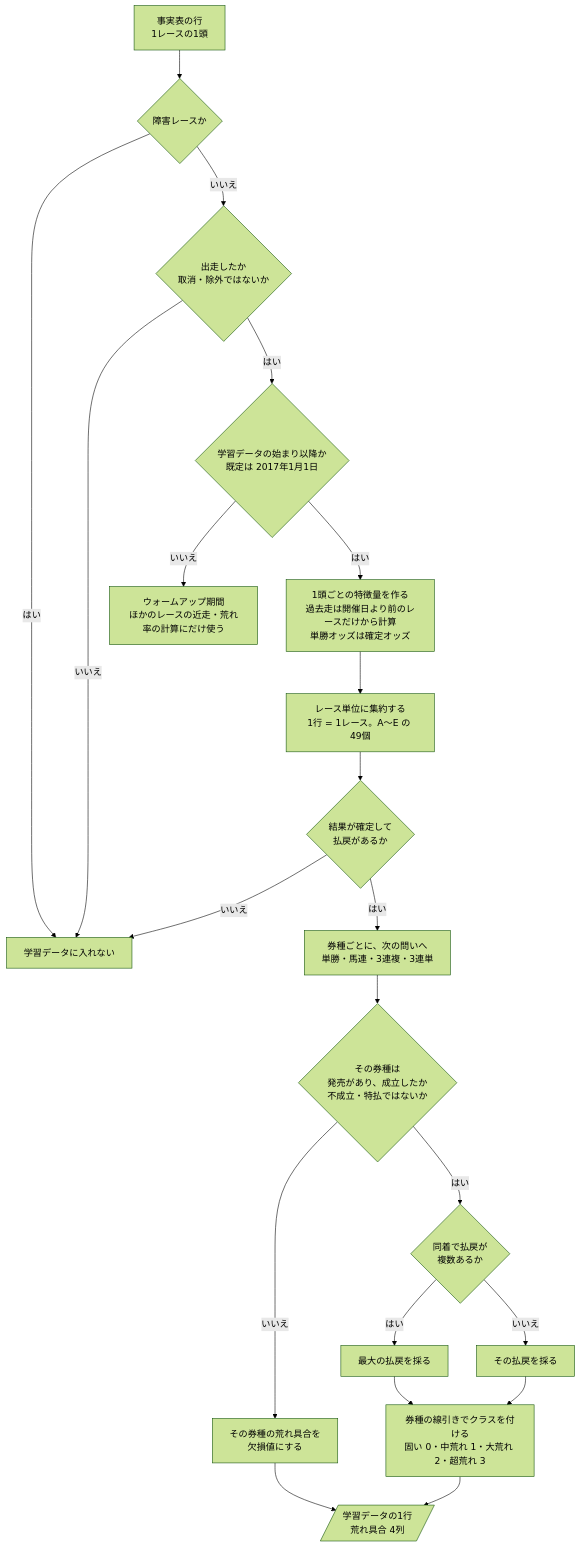
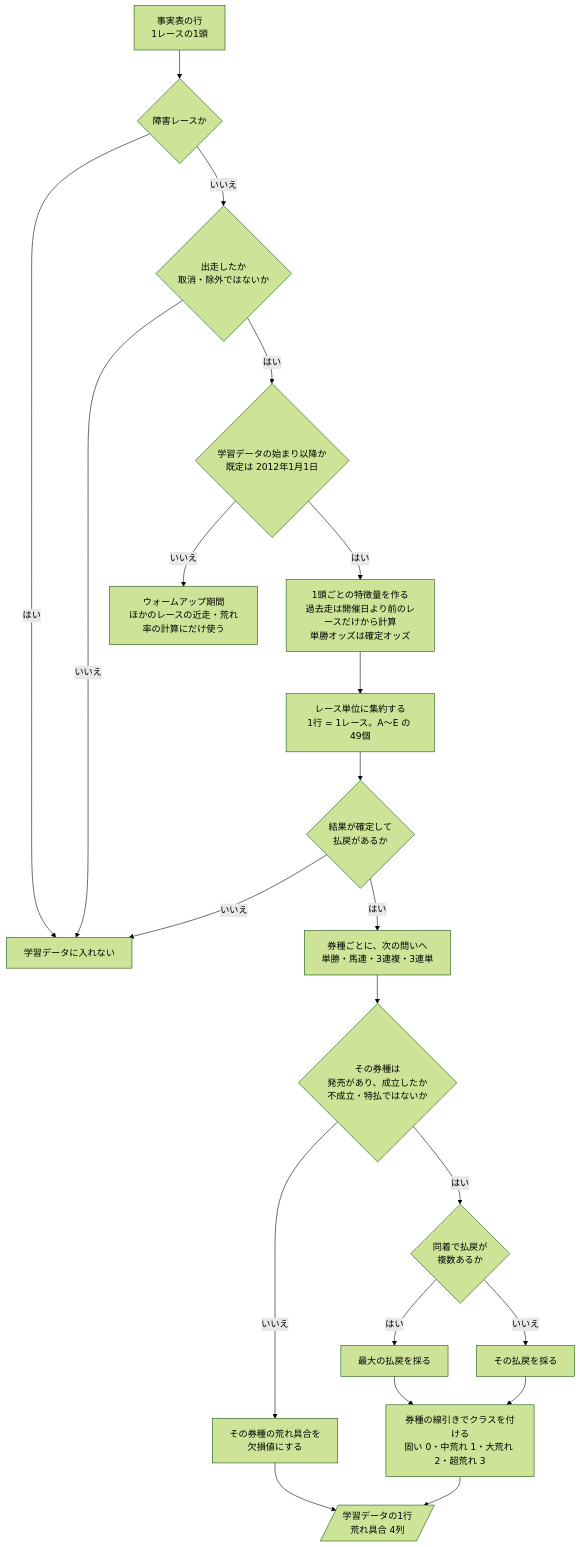
Before and after one commit to ht-0328/keiba-yosou: the first of 2 diagrams in docs/design/レースの荒れ具合を4段階で予想/06-flowchart.md, drawn with Mermaid (forest theme). The commit also changed 17 other files, not shown here.

````diff
--- a/docs/design/レースの荒れ具合を4段階で予想/06-flowchart.md
+++ b/docs/design/レースの荒れ具合を4段階で予想/06-flowchart.md
@@ -17,23 +17,23 @@
 ```mermaid
 flowchart TD
     S["事実表の行<br>1レースの1頭"] --> Q1{"障害レースか"}
     Q1 -->|はい| X["学習データに入れない"]
     Q1 -->|いいえ| Q2{"出走したか<br>取消・除外ではないか"}
     Q2 -->|いいえ| X
-    Q2 -->|はい| Q3{"学習データの始まり以降か<br>既定は 2017年1月1日"}
+    Q2 -->|はい| Q3{"学習データの始まり以降か<br>既定は 2012年1月1日"}
     Q3 -->|いいえ| WU["ウォームアップ期間<br>ほかのレースの近走・荒れ率の計算にだけ使う"]
     Q3 -->|はい| F["1頭ごとの特徴量を作る<br>過去走は開催日より前のレースだけから計算<br>単勝オッズは確定オッズ"]
     F --> G["レース単位に集約する<br>1行 = 1レース。A〜E の 49個"]
     G --> Q4{"結果が確定して<br>払戻があるか"}
     Q4 -->|いいえ| X
     Q4 -->|はい| B["券種ごとに、次の問いへ<br>単勝・馬連・3連複・3連単"]
     B --> Q5{"その券種は<br>発売があり、成立したか<br>不成立・特払ではないか"}
     Q5 -->|いいえ| N["その券種の荒れ具合を<br>欠損値にする"]
     Q5 -->|はい| Q6{"同着で払戻が<br>複数あるか"}
     Q6 -->|はい| M["最大の払戻を採る"]
     Q6 -->|いいえ| O["その払戻を採る"]
     M --> L["券種の線引きでクラスを付ける<br>固い 0・中荒れ 1・大荒れ 2・超荒れ 3"]
     O --> L
     L --> R[/"学習データの1行<br>荒れ具合 4列"/]
     N --> R
 ```
````
